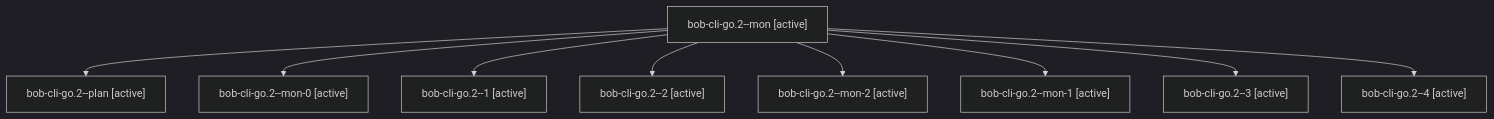
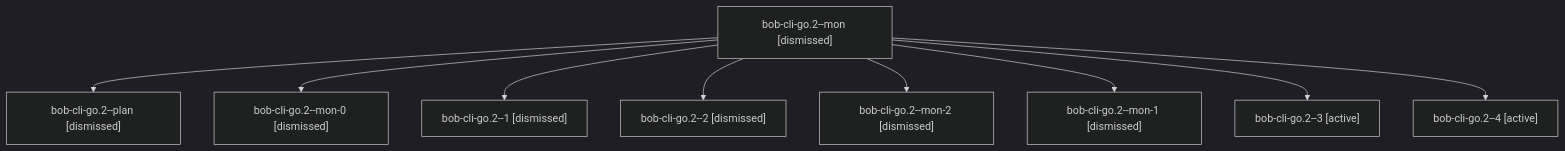
One commit to bobs-org/bob-cli--agents changed the diagram in sessions/bbugyi200.apollo.bob-cli-go.2.md. Above: the diagram before and after it, drawn with Mermaid (dark theme). The commit also changed other lines of this file and 132 other files, not shown here.

````diff
--- a/sessions/bbugyi200.apollo.bob-cli-go.2.md
+++ b/sessions/bbugyi200.apollo.bob-cli-go.2.md
@@ -9,20 +9,20 @@
 ```mermaid
 flowchart TD
-  n0["bob-cli-go.2--mon [active]"]
-  n1["bob-cli-go.2--plan [active]"]
+  n0["bob-cli-go.2--mon [dismissed]"]
+  n1["bob-cli-go.2--plan [dismissed]"]
   n0 --> n1
-  n2["bob-cli-go.2--mon-0 [active]"]
+  n2["bob-cli-go.2--mon-0 [dismissed]"]
   n0 --> n2
-  n3["bob-cli-go.2--1 [active]"]
+  n3["bob-cli-go.2--1 [dismissed]"]
   n0 --> n3
-  n4["bob-cli-go.2--2 [active]"]
+  n4["bob-cli-go.2--2 [dismissed]"]
   n0 --> n4
-  n5["bob-cli-go.2--mon-2 [active]"]
+  n5["bob-cli-go.2--mon-2 [dismissed]"]
   n0 --> n5
-  n6["bob-cli-go.2--mon-1 [active]"]
+  n6["bob-cli-go.2--mon-1 [dismissed]"]
   n0 --> n6
   n7["bob-cli-go.2--3 [active]"]
   n0 --> n7
   n8["bob-cli-go.2--4 [active]"]
   n0 --> n8
 ```
````
